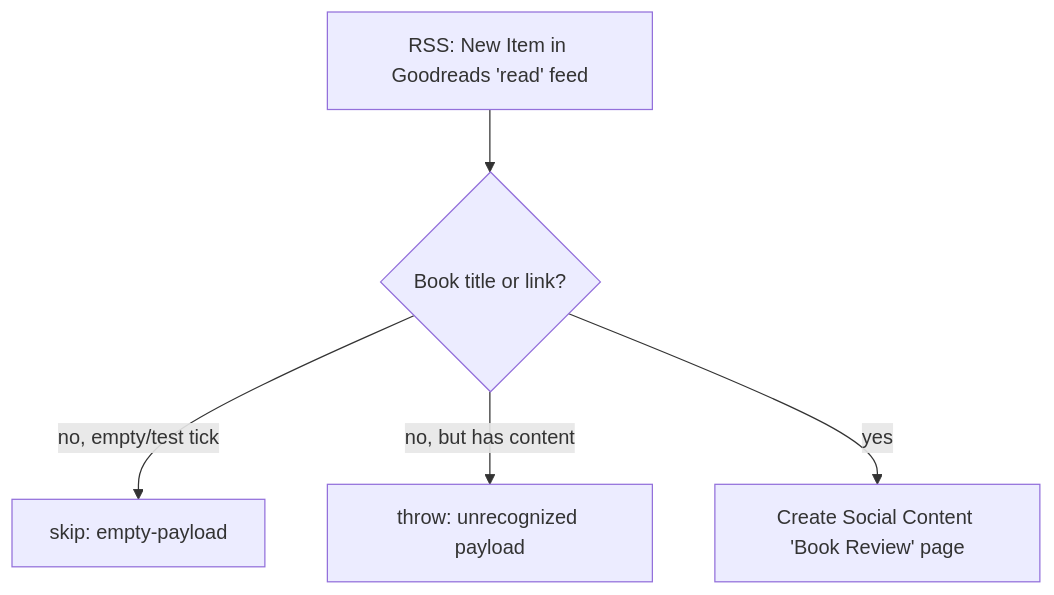
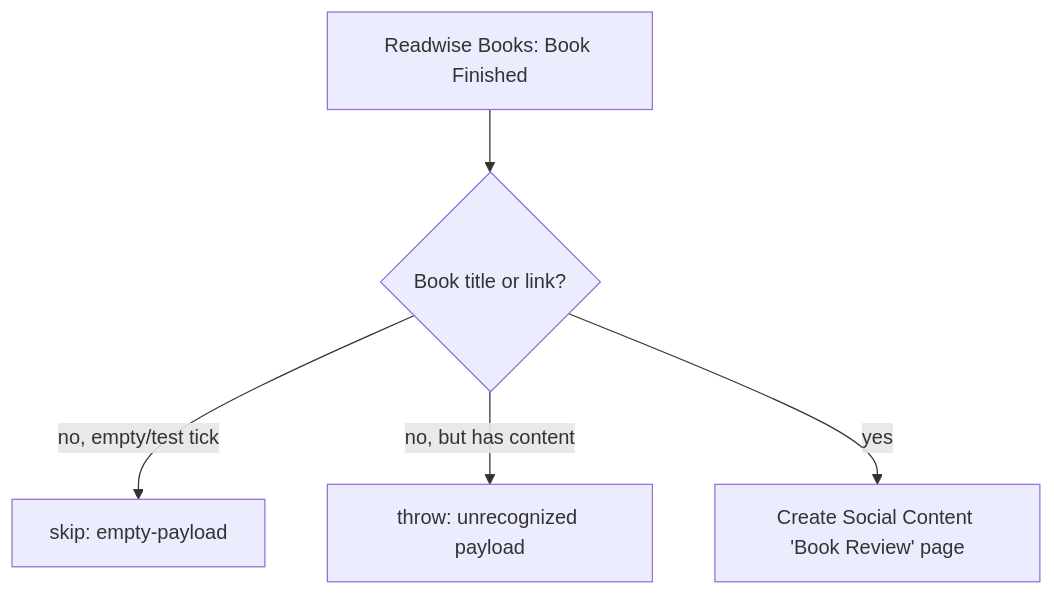
The diagram in goodreads-reviews-to-notion/README.md (work-flowers/zapier-sdk), drawn with Mermaid before and after one commit. The commit also changed other lines of this file and 3 other files, not shown here.

First line of the commit message:
goodreads-reviews-to-notion: trigger on Readwise Books "Book Finished"

````diff
--- a/goodreads-reviews-to-notion/README.md
+++ b/goodreads-reviews-to-notion/README.md
@@ -28,7 +30,7 @@
 ```mermaid
 flowchart TD
-  A[RSS: New Item in Goodreads 'read' feed] --> B{Book title or link?}
+  A[Readwise Books: Book Finished] --> B{Book title or link?}
   B -- no, empty/test tick --> S1[skip: empty-payload]
   B -- no, but has content --> ERR[throw: unrecognized payload]
   B -- yes --> C[Create Social Content 'Book Review' page]
 ```
````
